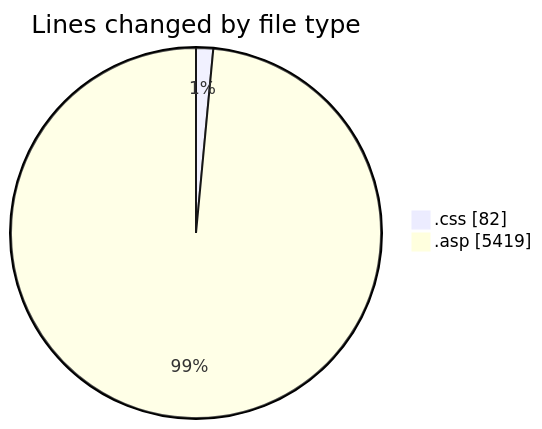
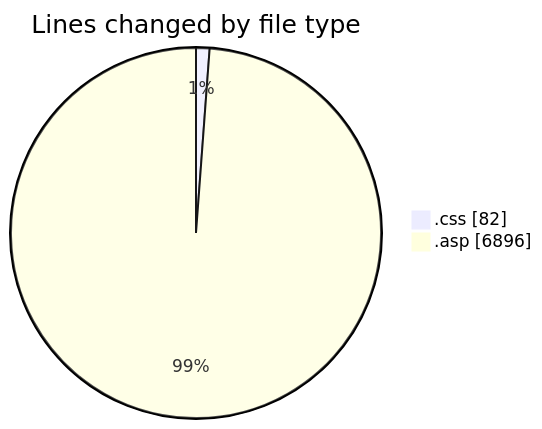
The first of 2 diagrams in 2025-11-16/cdp_aleoudev_fr__workspace_/README.md (julien-gomy/code-tracking), drawn with Mermaid before and after one commit. The commit also changed other lines of this file and 1 other file, not shown here.

````diff
--- a/2025-11-16/cdp_aleoudev_fr__workspace_/README.md
+++ b/2025-11-16/cdp_aleoudev_fr__workspace_/README.md
@@ -28,6 +29,6 @@
 ```mermaid
 pie showData
 title Lines changed by file type
 ".css" : 82
-".asp" : 5419
+".asp" : 6896
 ```
````
